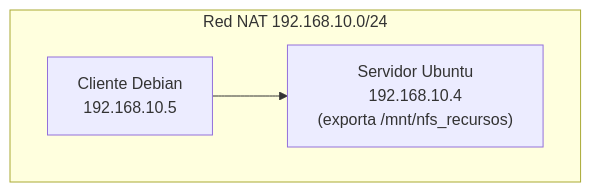
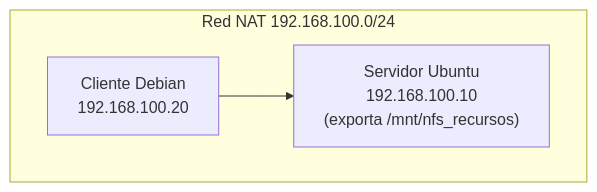
One commit to martin2745/curso-linux changed the diagram in sistemas_operativos_en_red/02_NFS.md. Above: the diagram before and after it, drawn with Mermaid. The commit also changed other lines of this file and 14 other files, not shown here.

````diff
--- a/sistemas_operativos_en_red/02_NFS.md
+++ b/sistemas_operativos_en_red/02_NFS.md
@@ -29,8 +29,8 @@
 ```mermaid
 flowchart TB
-    subgraph RED["Red NAT 192.168.10.0/24"]
-        SRV["Servidor Ubuntu<br>192.168.10.4<br>(exporta /mnt/nfs_recursos)"]
-        CU["Cliente Debian<br>192.168.10.5"]
+    subgraph RED["Red NAT 192.168.100.0/24"]
+        SRV["Servidor Ubuntu<br>192.168.100.10<br>(exporta /mnt/nfs_recursos)"]
+        CU["Cliente Debian<br>192.168.100.20"]
         CU --> SRV
     end
 ```
````
